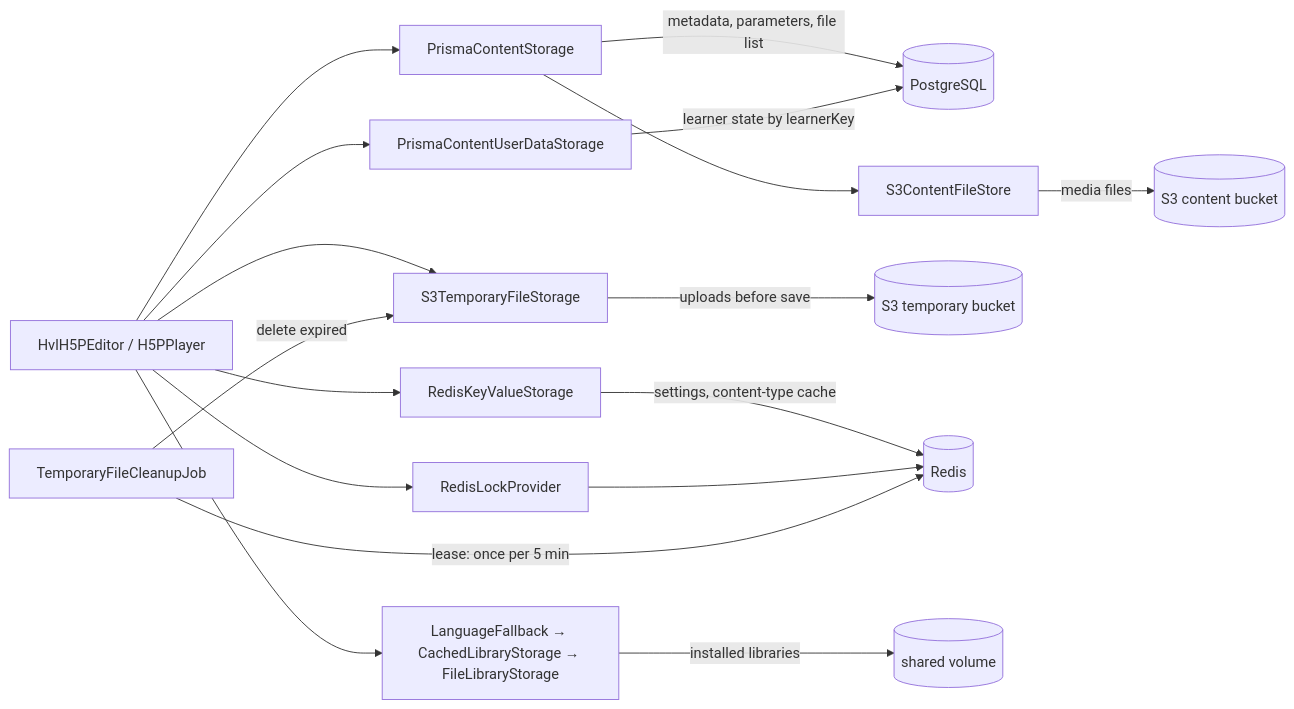
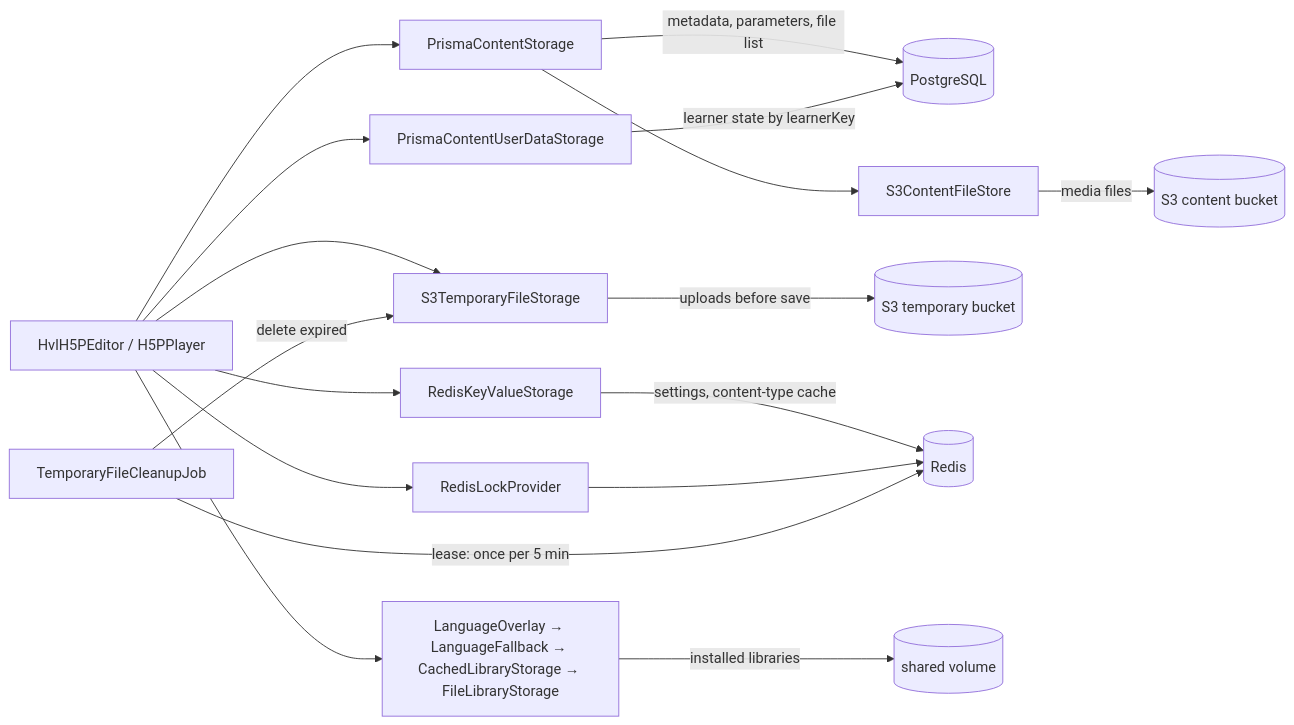
The ninth of 11 diagrams in apps/server/README.md (bobthebob58/HVL-INTERAKTIV), drawn with Mermaid before and after one commit. The commit also changed other lines of this file and 128 other files, not shown here.

````diff
--- a/apps/server/README.md
+++ b/apps/server/README.md
@@ -466,13 +472,13 @@
 ```mermaid
 flowchart LR
     Editor[HvlH5PEditor / H5PPlayer] --> CS[PrismaContentStorage]
     CS -->|metadata, parameters, file list| PG[(PostgreSQL)]
     CS --> FS[S3ContentFileStore] -->|media files| S3[(S3 content bucket)]
     Editor --> TS[S3TemporaryFileStorage] -->|uploads before save| S3T[(S3 temporary bucket)]
     Editor --> KV[RedisKeyValueStorage] -->|settings, content-type cache| R[(Redis)]
     Editor --> LK[RedisLockProvider] --> R
-    Editor --> LS[LanguageFallback → CachedLibraryStorage → FileLibraryStorage] -->|installed libraries| VOL[(shared volume)]
+    Editor --> LS[LanguageOverlay → LanguageFallback → CachedLibraryStorage → FileLibraryStorage] -->|installed libraries| VOL[(shared volume)]
     Editor --> UD[PrismaContentUserDataStorage] -->|learner state by learnerKey| PG
     Job[TemporaryFileCleanupJob] -->|lease: once per 5 min| R
     Job -->|delete expired| TS
 ```
````
